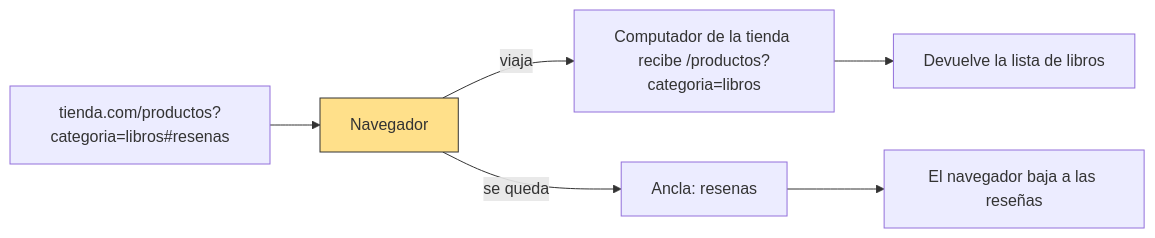
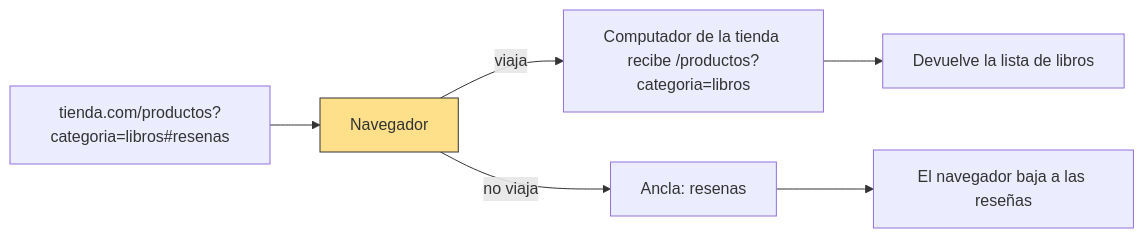
Before and after one commit to CristinaChaconSanta/aura-ai-academy: the first of 2 diagrams in lecciones/N1/N1-M1-L02-parametros-y-anclas-el-final-de-una-url.md, drawn with Mermaid. The commit also changed other lines of this file and 6 other files, not shown here.

````diff
--- a/lecciones/N1/N1-M1-L02-parametros-y-anclas-el-final-de-una-url.md
+++ b/lecciones/N1/N1-M1-L02-parametros-y-anclas-el-final-de-una-url.md
@@ -79,9 +81,9 @@
 ```mermaid
 flowchart LR
   U["tienda.com/productos?categoria=libros#resenas"] --> N["Navegador"]
   N -->|"viaja"| S["Computador de la tienda recibe /productos?categoria=libros"]
-  N -->|"se queda"| A["Ancla: resenas"]
+  N -->|"no viaja"| A["Ancla: resenas"]
   S --> P["Devuelve la lista de libros"]
   A --> B["El navegador baja a las reseñas"]
   style N fill:#ffe08a,stroke:#333
 ```
````
